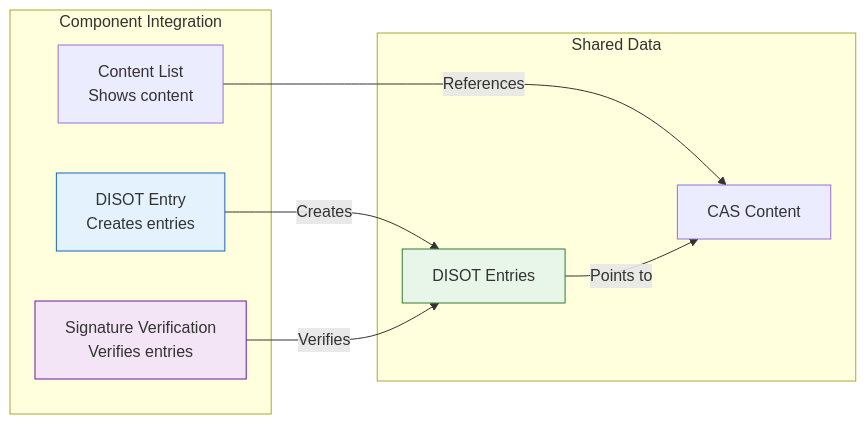
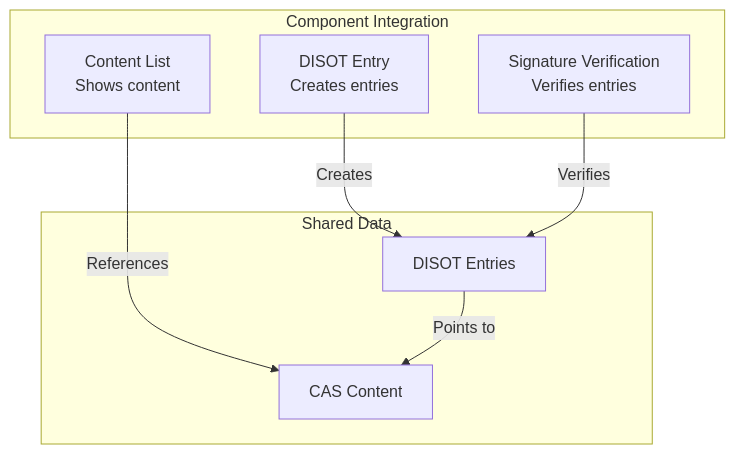
One commit to o2alexanderfedin/angular-cas-disot changed the eighth of 8 diagrams in docs/components/disot-components.md. Above: the diagram before and after it, drawn with Mermaid. The commit also changed other lines of this file and 18 other files, not shown here.

````diff
--- a/docs/components/disot-components.md
+++ b/docs/components/disot-components.md
@@ -539,22 +539,18 @@
 ```mermaid
-graph LR
+graph TD
     subgraph "Component Integration"
         ENTRY[DISOT Entry<br/>Creates entries]
         VERIFY[Signature Verification<br/>Verifies entries]
         LIST[Content List<br/>Shows content]
     end
     
     subgraph "Shared Data"
         ENTRIES[DISOT Entries]
         CONTENT[CAS Content]
     end
     
     ENTRY -->|Creates| ENTRIES
     VERIFY -->|Verifies| ENTRIES
     LIST -->|References| CONTENT
     ENTRIES -->|Points to| CONTENT
-    
-    style ENTRY fill:#e3f2fd,stroke:#1565c0
-    style VERIFY fill:#f3e5f5,stroke:#6a1b9a
-    style ENTRIES fill:#e8f5e9,stroke:#2e7d32
 ```
````
